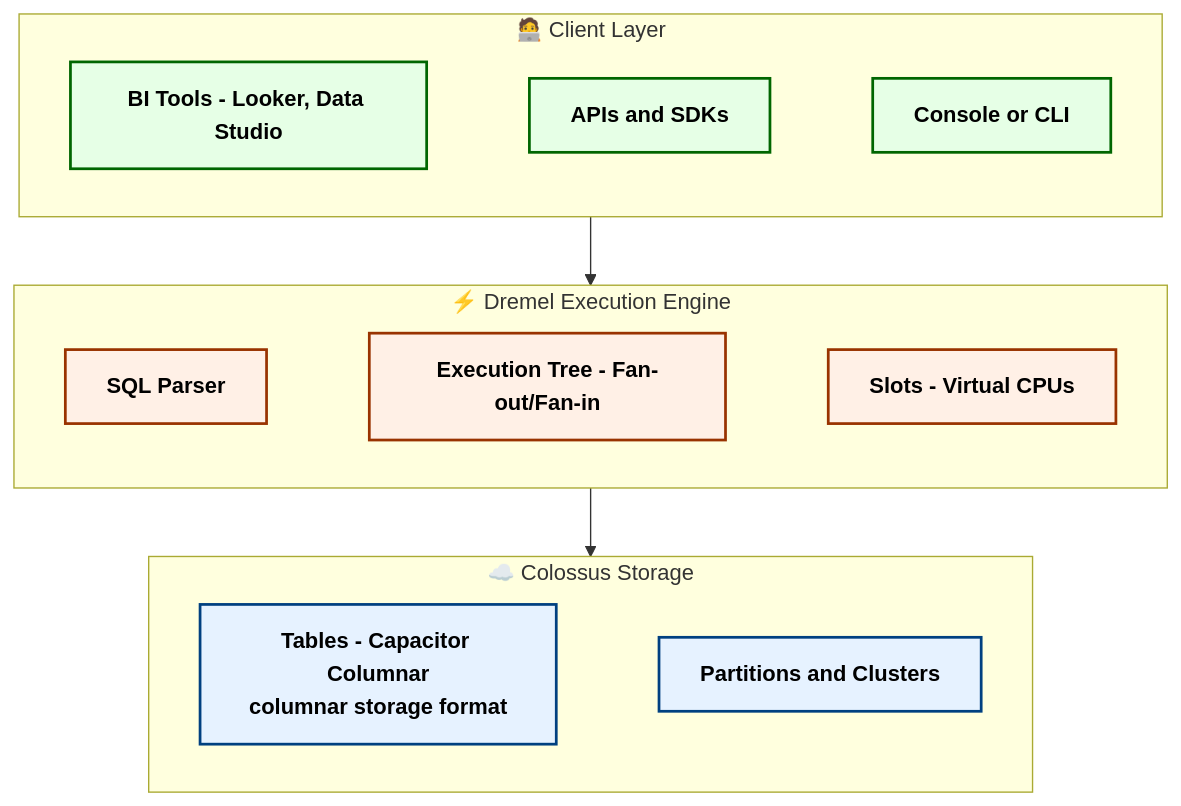
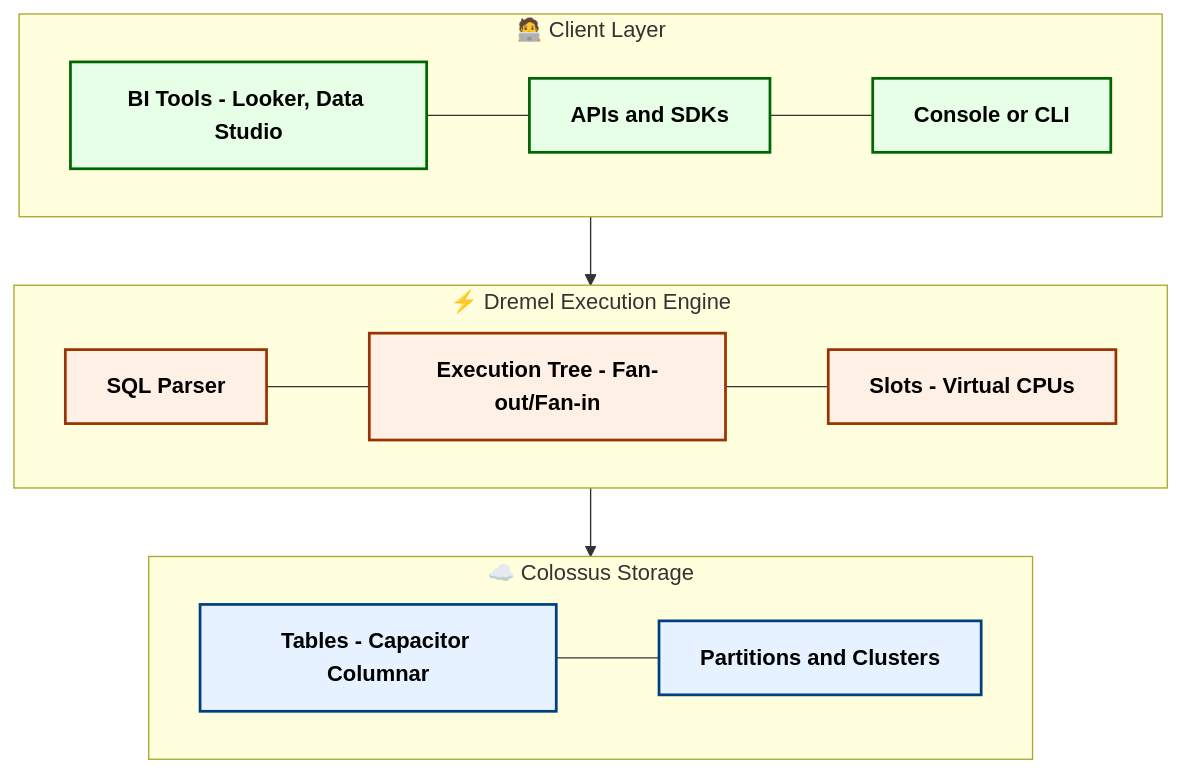
The third of 8 diagrams in GCP-interview.md (blaire101/DE2-AWS-Azure-GCP-2025), drawn with Mermaid before and after one commit. The commit also changed other lines of this file, not shown here.

````diff
--- a/GCP-interview.md
+++ b/GCP-interview.md
@@ -135,44 +90,31 @@
 ```mermaid
 flowchart TD
+    classDef storage fill:#e6f2ff,stroke:#004080,stroke-width:2px,color:#000,font-weight:bold
+    classDef compute fill:#fff0e6,stroke:#993300,stroke-width:2px,color:#000,font-weight:bold
+    classDef client  fill:#e6ffe6,stroke:#006600,stroke-width:2px,color:#000,font-weight:bold
 
-%% ===== Styles =====
-classDef storage fill:#e6f2ff,stroke:#004080,stroke-width:2px,color:#000,font-weight:bold
-classDef compute fill:#fff0e6,stroke:#993300,stroke-width:2px,color:#000,font-weight:bold
-classDef client  fill:#e6ffe6,stroke:#006600,stroke-width:2px,color:#000,font-weight:bold
+    subgraph Client["🧑‍💻 Client Layer"]
+    U1["BI Tools - Looker, Data Studio"]:::client
+    U2["APIs and SDKs"]:::client
+    U3["Console or CLI"]:::client
+    U1 --- U2
+    U2 --- U3
+    end
 
-%% ===== Client Layer: subgraph with nodes forced horizontal via hidden links =====
-subgraph Client["🧑‍💻 Client Layer"]
-U1["BI Tools - Looker, Data Studio"]:::client
-U2["APIs and SDKs"]:::client
-U3["Console or CLI"]:::client
-U1 --- U2
-U2 --- U3
-end
+    subgraph Compute["⚡ Dremel Execution Engine"]
+    Q1["SQL Parser"]:::compute
+    Q2["Execution Tree - Fan-out/Fan-in"]:::compute
+    Q3["Slots - Virtual CPUs"]:::compute
+    Q1 --- Q2
+    Q2 --- Q3
+    end
 
-%% ===== Compute Layer =====
-subgraph Compute["⚡ Dremel Execution Engine"]
-Q1["SQL Parser"]:::compute
-Q2["Execution Tree - Fan-out/Fan-in"]:::compute
-Q3["Slots - Virtual CPUs"]:::compute
-Q1 --- Q2
-Q2 --- Q3
-end
+    subgraph Storage["☁️ Colossus Storage"]
+    T1["Tables - Capacitor Columnar"]:::storage
+    P1["Partitions and Clusters"]:::storage
+    T1 --- P1
+    end
 
-%% ===== Storage Layer =====
-subgraph Storage["☁️ Colossus Storage"]
-T1["Tables - Capacitor Columnar<br>columnar storage format"]:::storage
-P1["Partitions and Clusters"]:::storage
-T1 --- P1
-end
-
-%% ===== Vertical flow between the three frames =====
-Client --> Compute
-Compute --> Storage
-
-%% ===== Hide the helper horizontal links so only the frames and vertical arrows remain =====
-linkStyle 0 stroke-width:0px,fill:none
-linkStyle 1 stroke-width:0px,fill:none
-linkStyle 2 stroke-width:0px,fill:none
-linkStyle 3 stroke-width:0px,fill:none
-linkStyle 4 stroke-width:0px,fill:none
+    Client --> Compute
+    Compute --> Storage
 ```
````
